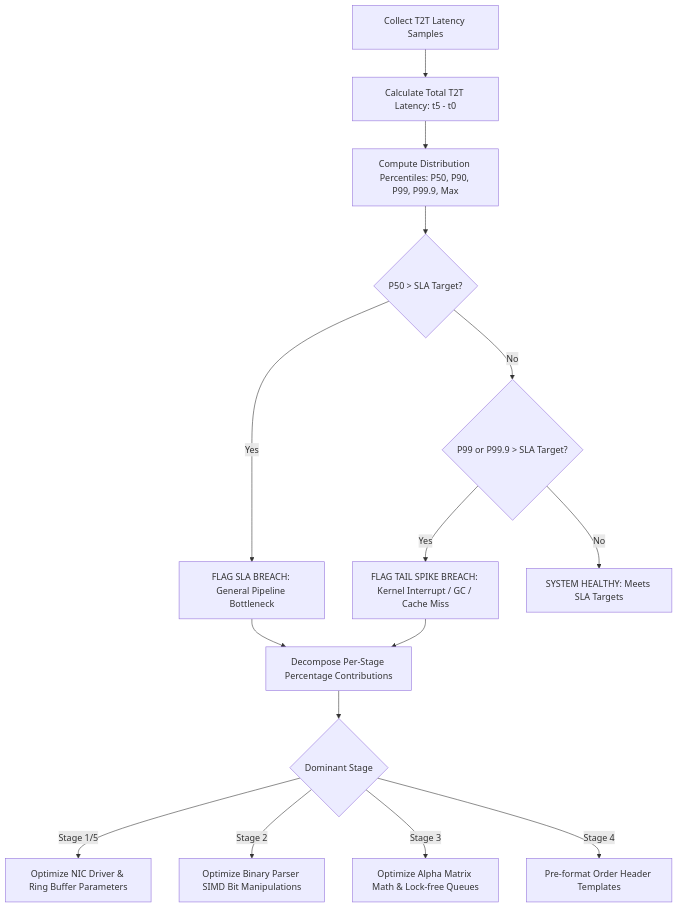
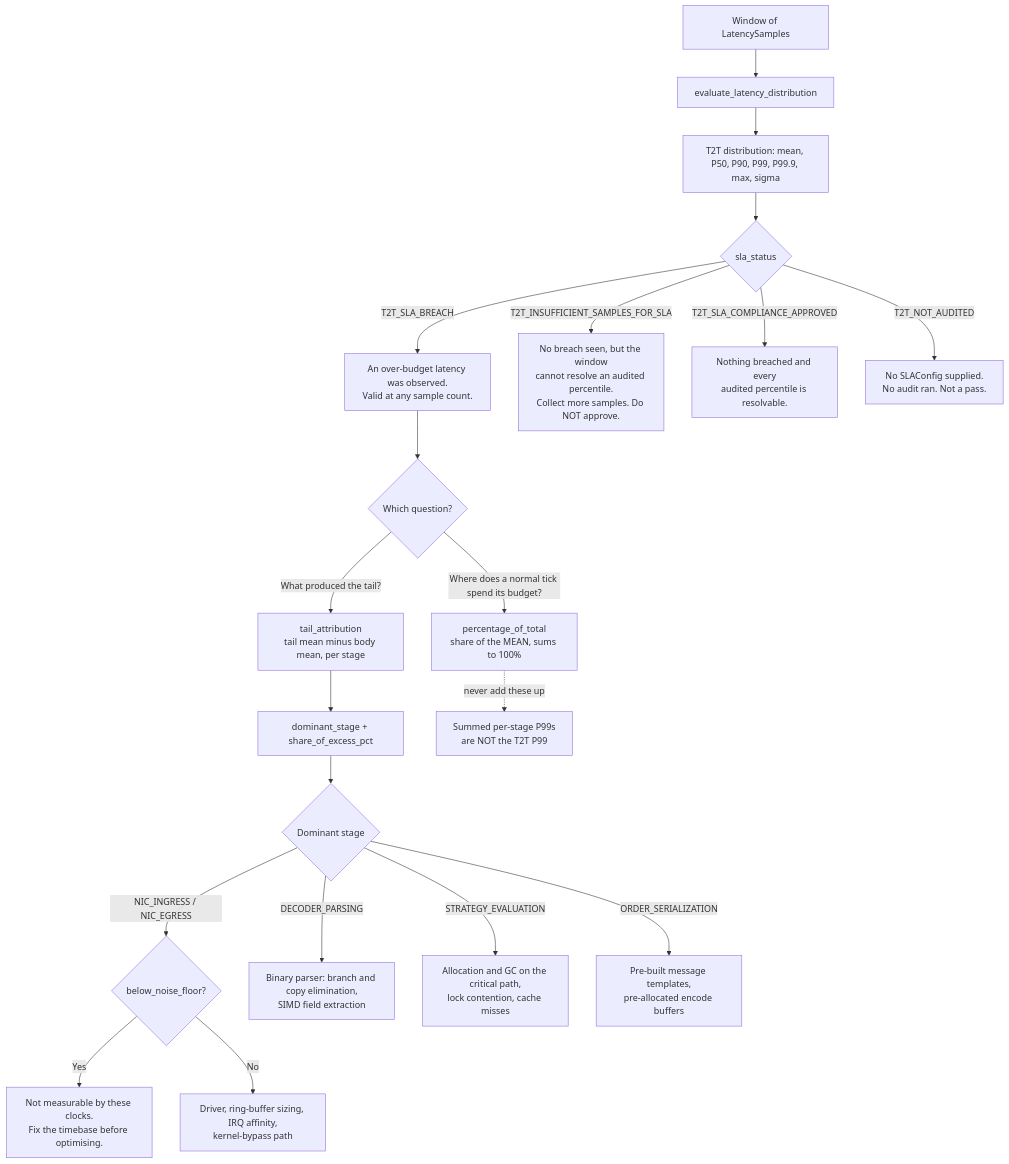
The second of 2 diagrams in skills/tick-to-trade-latency-measurement/references/workflows.md (HimanshuJ16/Algo-Trading-Skills), drawn with Mermaid before and after one commit. The commit also changed other lines of this file and 443 other files, not shown here.

````diff
--- a/skills/tick-to-trade-latency-measurement/references/workflows.md
+++ b/skills/tick-to-trade-latency-measurement/references/workflows.md
@@ -29,19 +70,26 @@
 ```mermaid
 flowchart TD
-    A[Collect T2T Latency Samples] --> B[Calculate Total T2T Latency: t5 - t0]
-    B --> C[Compute Distribution Percentiles: P50, P90, P99, P99.9, Max]
-    
-    C --> D{P50 > SLA Target?}
-    D -- Yes --> E[FLAG SLA BREACH: General Pipeline Bottleneck]
-    D -- No --> F{P99 or P99.9 > SLA Target?}
-    
-    F -- Yes --> G[FLAG TAIL SPIKE BREACH: Kernel Interrupt / GC / Cache Miss]
-    F -- No --> H[SYSTEM HEALTHY: Meets SLA Targets]
-    
-    E & G --> I[Decompose Per-Stage Percentage Contributions]
-    I --> J{Dominant Stage}
-    J -- Stage 1/5 --> K[Optimize NIC Driver & Ring Buffer Parameters]
-    J -- Stage 2 --> L[Optimize Binary Parser SIMD Bit Manipulations]
-    J -- Stage 3 --> M[Optimize Alpha Matrix Math & Lock-free Queues]
-    J -- Stage 4 --> N[Pre-format Order Header Templates]
+    A[Window of LatencySamples] --> B[evaluate_latency_distribution]
+    B --> C[T2T distribution: mean, P50, P90, P99, P99.9, max, sigma]
+
+    C --> D{sla_status}
+    D -- T2T_SLA_BREACH --> E[An over-budget latency was observed.<br/>Valid at any sample count.]
+    D -- T2T_INSUFFICIENT_SAMPLES_FOR_SLA --> F[No breach seen, but the window<br/>cannot resolve an audited percentile.<br/>Collect more samples. Do NOT approve.]
+    D -- T2T_SLA_COMPLIANCE_APPROVED --> G[Nothing breached and every<br/>audited percentile is resolvable.]
+    D -- T2T_NOT_AUDITED --> G2[No SLAConfig supplied.<br/>No audit ran. Not a pass.]
+
+    E --> H{Which question?}
+    H -- Where does a normal tick spend its budget? --> I[percentage_of_total<br/>share of the MEAN, sums to 100%]
+    H -- What produced the tail? --> J[tail_attribution<br/>tail mean minus body mean, per stage]
+
+    J --> K[dominant_stage + share_of_excess_pct]
+    K --> L{Dominant stage}
+    L -- NIC_INGRESS / NIC_EGRESS --> M{below_noise_floor?}
+    M -- Yes --> N[Not measurable by these clocks.<br/>Fix the timebase before optimising.]
+    M -- No --> O[Driver, ring-buffer sizing, IRQ affinity,<br/>kernel-bypass path]
+    L -- DECODER_PARSING --> P[Binary parser: branch and copy elimination,<br/>SIMD field extraction]
+    L -- STRATEGY_EVALUATION --> Q[Allocation and GC on the critical path,<br/>lock contention, cache misses]
+    L -- ORDER_SERIALIZATION --> R[Pre-built message templates,<br/>pre-allocated encode buffers]
+
+    I -.->|never add these up| S[Summed per-stage P99s<br/>are NOT the T2T P99]
 ```
````
